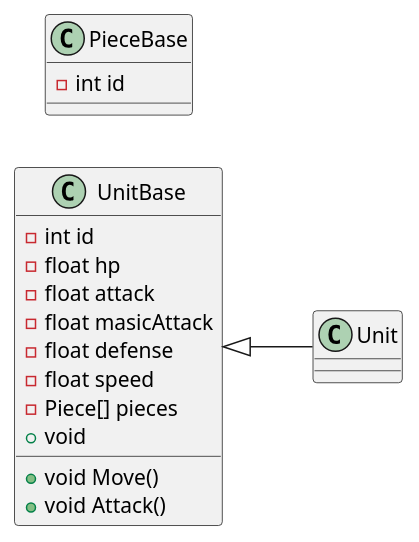
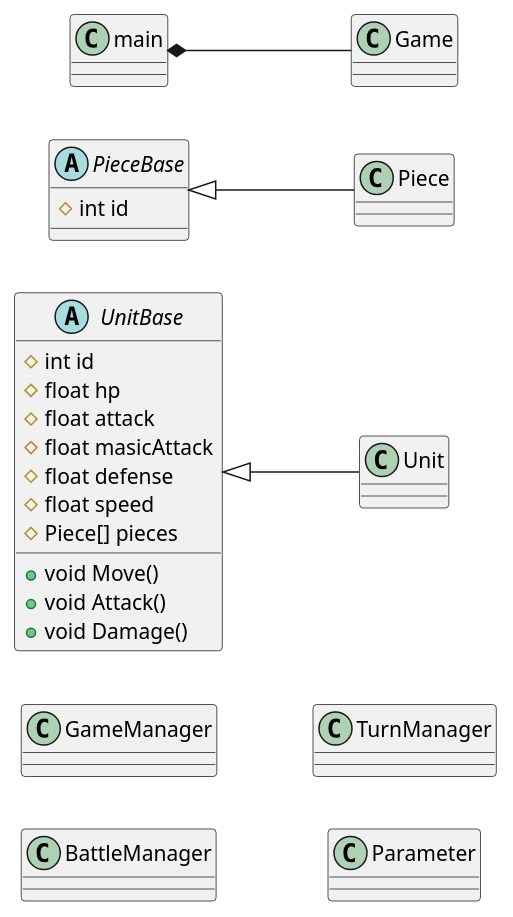
One commit to Kawate02/RoadKnight changed the diagram in Assets/UML/class.pu. Above: the diagram before and after it, drawn with PlantUML.

Commit message:
no message

```diff
--- a/Assets/UML/class.pu
+++ b/Assets/UML/class.pu
@@ -1,21 +1,45 @@
 @startuml ecommerce_class_diagram
 left to right direction
-class UnitBase {
-  -int id
-  -float hp
-  -float attack
-  -float masicAttack
-  -float defense
-  -float speed
-  -Piece[] pieces 
+abstract class UnitBase {
+  #int id
+  #float hp
+  #float attack
+  #float masicAttack
+  #float defense
+  #float speed
+  #Piece[] pieces 
   +void Move()
   +void Attack()
-  +void 
+  +void Damage()
 }
 
-class PieceBase {
-  -int id
+class Unit {
+}
+
+abstract class PieceBase {
+  #int id
+}
+
+class Piece {
+}
+
+class main {
+}
+
+class GameManager {
+}
+
+class BattleManager {
+}
+
+class TurnManager {
+}
+
+class Parameter {
 }
 
 UnitBase <|-- Unit
+PieceBase <|-- Piece
+
+main *-- Game
 @enduml
```
